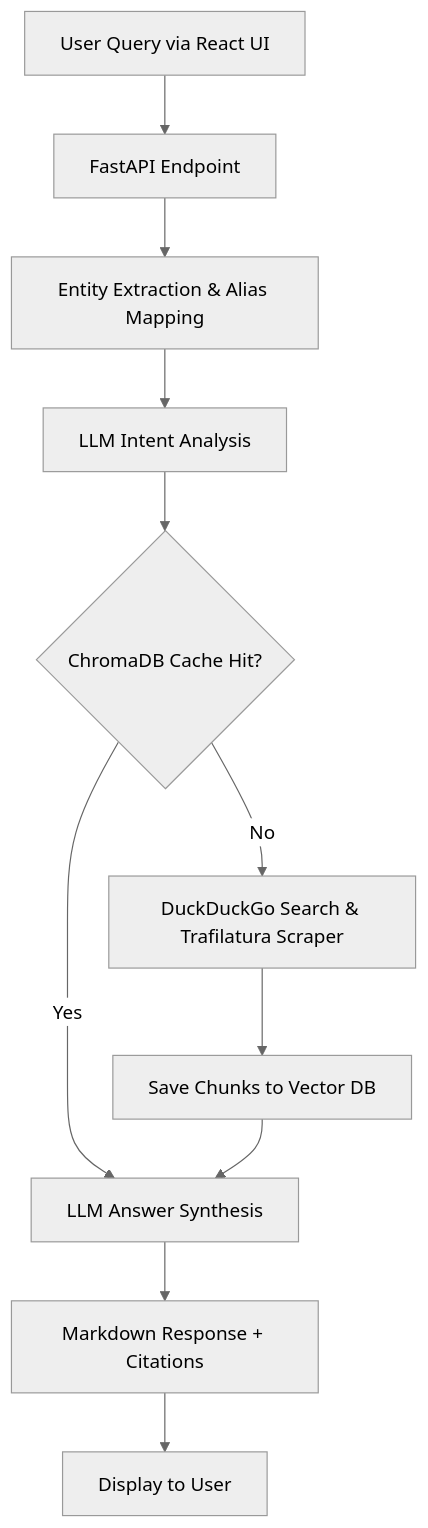
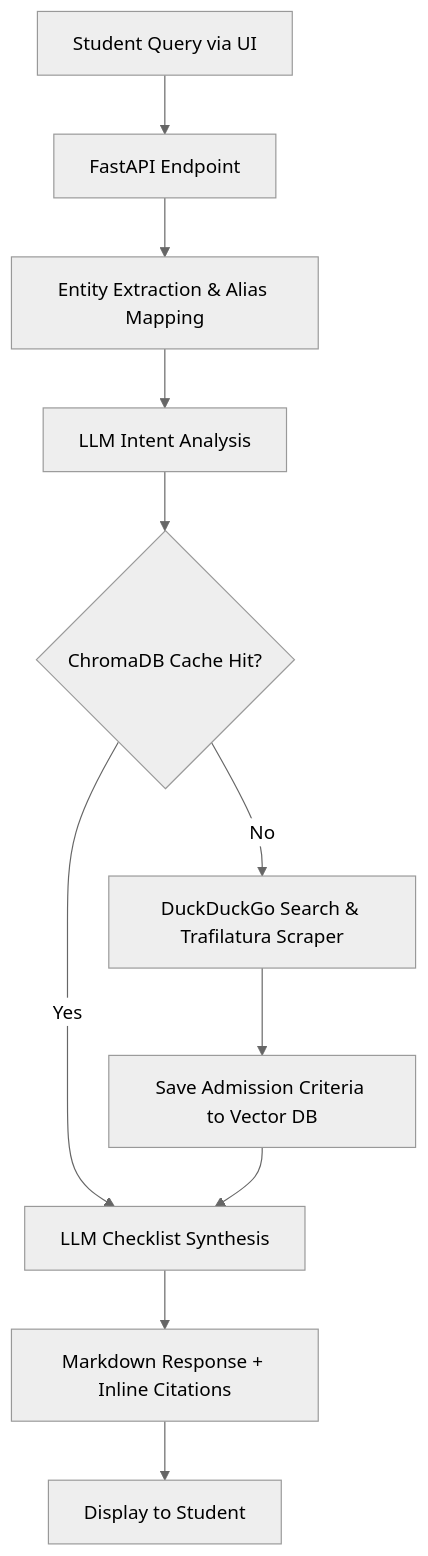
Before and after one commit to sanjaycit/admission_assistant_ai_mini_project: the second of 2 diagrams in README.md, drawn with Mermaid (neutral theme). The commit also changed other lines of this file and 3 other files, not shown here.

````diff
--- a/README.md
+++ b/README.md
@@ -120,13 +51,13 @@
 ```mermaid
 graph TD
-    A[User Query via React UI] --> B[FastAPI Endpoint]
+    A[Student Query via UI] --> B[FastAPI Endpoint]
     B --> C[Entity Extraction & Alias Mapping]
     C --> D[LLM Intent Analysis]
     D --> E{ChromaDB Cache Hit?}
-    E -- Yes --> G[LLM Answer Synthesis]
+    E -- Yes --> G[LLM Checklist Synthesis]
     E -- No --> F[DuckDuckGo Search & Trafilatura Scraper]
-    F --> H[Save Chunks to Vector DB]
+    F --> H[Save Admission Criteria to Vector DB]
     H --> G
-    G --> I[Markdown Response + Citations]
-    I --> J[Display to User]
+    G --> I[Markdown Response + Inline Citations]
+    I --> J[Display to Student]
 ```
````
